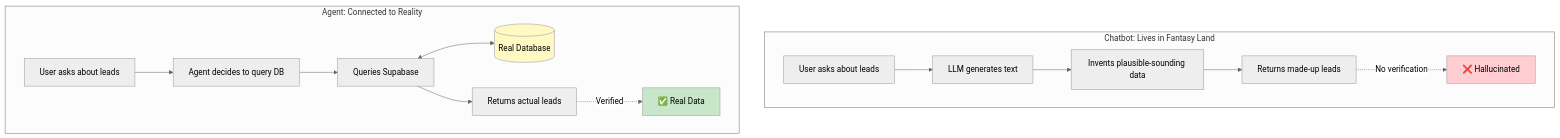
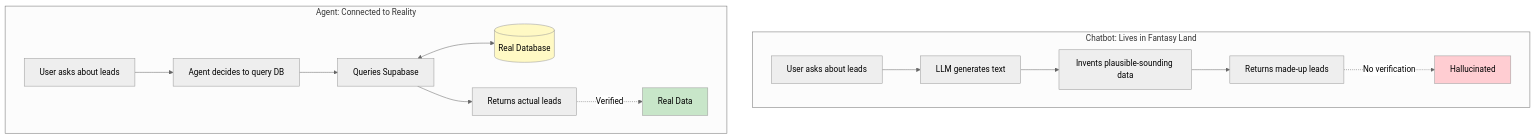
One commit to AliMehdii/Jedha-use-case changed the first of 2 diagrams in Instructional-Design-Challenge/Day-01_From-Chatbot-to-Agent/01-Exercises/01-Break-A-Chatbot.md. Above: the diagram before and after it, drawn with Mermaid (neutral theme). The commit also changed other lines of this file and 9 other files, not shown here.

Commit message:
Refine instructional materials for AI agents: updated diagrams for chatbot vs. agent flows, improved state representation in exercises, and enhanced error handling visuals. Adjusted terminology for clarity and consistency across all lecture and exercise files.

````diff
--- a/Instructional-Design-Challenge/Day-01_From-Chatbot-to-Agent/01-Exercises/01-Break-A-Chatbot.md
+++ b/Instructional-Design-Challenge/Day-01_From-Chatbot-to-Agent/01-Exercises/01-Break-A-Chatbot.md
@@ -175,21 +175,21 @@
 ```mermaid
 graph TD
-    subgraph "Chatbot: Lives in Fantasy Land"
-        C1[User asks about leads] --> C2[LLM generates text]
-        C2 --> C3[Invents plausible-sounding data]
-        C3 --> C4[Returns made-up leads]
-        C4 -.->|No verification| C5[❌ Hallucinated]
+    subgraph Chatbot["Chatbot: Lives in Fantasy Land"]
+        C1["User asks about leads"] --> C2["LLM generates text"]
+        C2 --> C3["Invents plausible-sounding data"]
+        C3 --> C4["Returns made-up leads"]
+        C4 -.->|"No verification"| C5["Hallucinated"]
     end
     
-    subgraph "Agent: Connected to Reality"
-        A1[User asks about leads] --> A2[Agent decides to query DB]
-        A2 --> A3[Queries Supabase]
-        A3 <--> DB[(Real Database)]
-        A3 --> A4[Returns actual leads]
-        A4 -.->|Verified| A5[✅ Real Data]
+    subgraph Agent["Agent: Connected to Reality"]
+        A1["User asks about leads"] --> A2["Agent decides to query DB"]
+        A2 --> A3["Queries Supabase"]
+        A3 <--> DB[("Real Database")]
+        A3 --> A4["Returns actual leads"]
+        A4 -.->|"Verified"| A5["Real Data"]
     end
     
     style C5 fill:#ffcdd2
     style A5 fill:#c8e6c9
     style DB fill:#fff9c4
 ```
````
